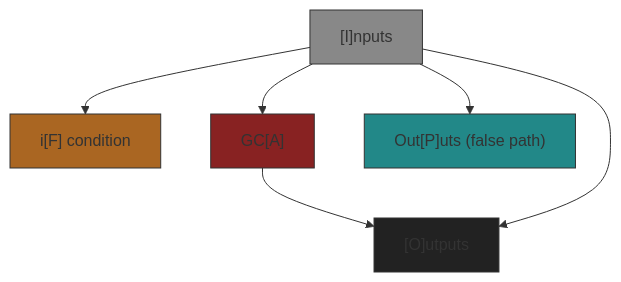
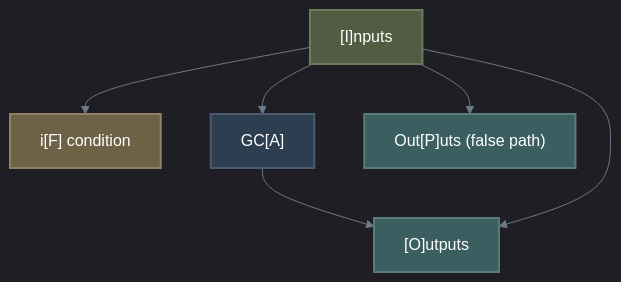
The first of 7 diagrams in docs/components/core/genetic_code/graph.md (Shapedsundew9/erasmus-gp), drawn with Mermaid before and after one commit. The commit also changed other lines of this file and 21 other files, not shown here.

First line of the commit message:
Enhance Mermaid Diagrams and Color Consistency Across Documentation

````diff
--- a/docs/components/core/genetic_code/graph.md
+++ b/docs/components/core/genetic_code/graph.md
@@ -90,25 +90,20 @@
 ```mermaid
-%% If-Then GC
+%%{init: { 'theme': 'dark', 'themeVariables': { 'lineColor': '#6c7a89', 'textColor': '#edf2f4', 'mainBkg': '#2b2d42', 'primaryBorderColor': '#4a4e69' }}}%%
 flowchart TB
-    I["[I]nputs"]
-    F["i[F] condition"]
-    A["GC[A]"]
-    O["[O]utputs"]
-    P["Out[P]uts (false path)"]
+    %% Base/Default (Dark Slate)
+    classDef default fill:#2b2d42,stroke:#4a4e69,stroke-width:2px,color:#edf2f4
+    classDef dataTeal fill:#3b5e60,stroke:#5b7a7c,stroke-width:2px,color:#ffffff
+    classDef dataGold fill:#6e6246,stroke:#8f8160,stroke-width:2px,color:#ffffff
+    classDef dataOlive fill:#525c42,stroke:#6f7a5d,stroke-width:2px,color:#ffffff
+    classDef dataNavy fill:#2c3e50,stroke:#4a5c6e,stroke-width:2px,color:#ffffff
+
+    I["[I]nputs"]:::dataOlive
+    F["i[F] condition"]:::dataGold
+    A["GC[A]"]:::dataNavy
+    O["[O]utputs"]:::dataTeal
+    P["Out[P]uts (false path)"]:::dataTeal
     I --> F
     I --> A --> O
     I --> O
     I --> P
-    
-classDef Icd fill:#888888,stroke:#333,stroke-width:1px
-classDef Fcd fill:#aa6622,stroke:#333,stroke-width:1px
-classDef Acd fill:#882222,stroke:#333,stroke-width:1px
-classDef Ocd fill:#222222,stroke:#333,stroke-width:1px
-classDef Pcd fill:#228888,stroke:#333,stroke-width:1px
-
-class I Icd
-class F Fcd
-class A Acd
-class O Ocd
-class P Pcd
 ```
````
